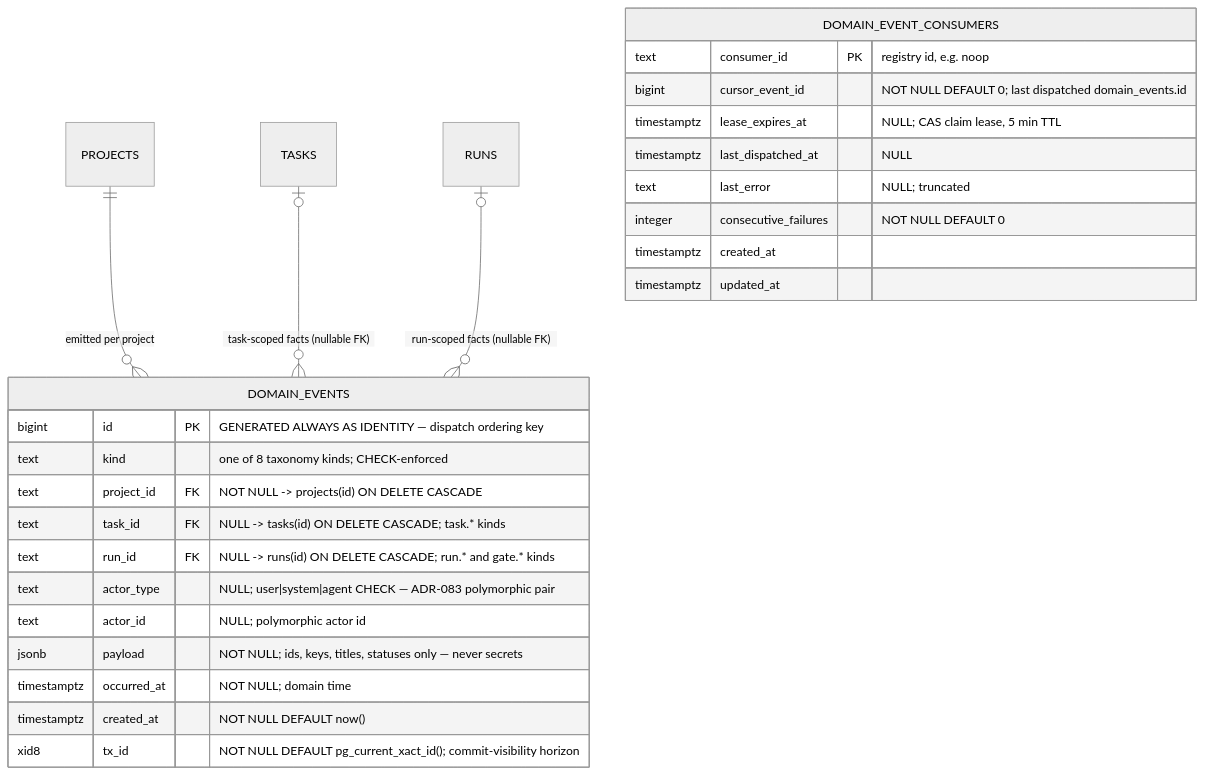
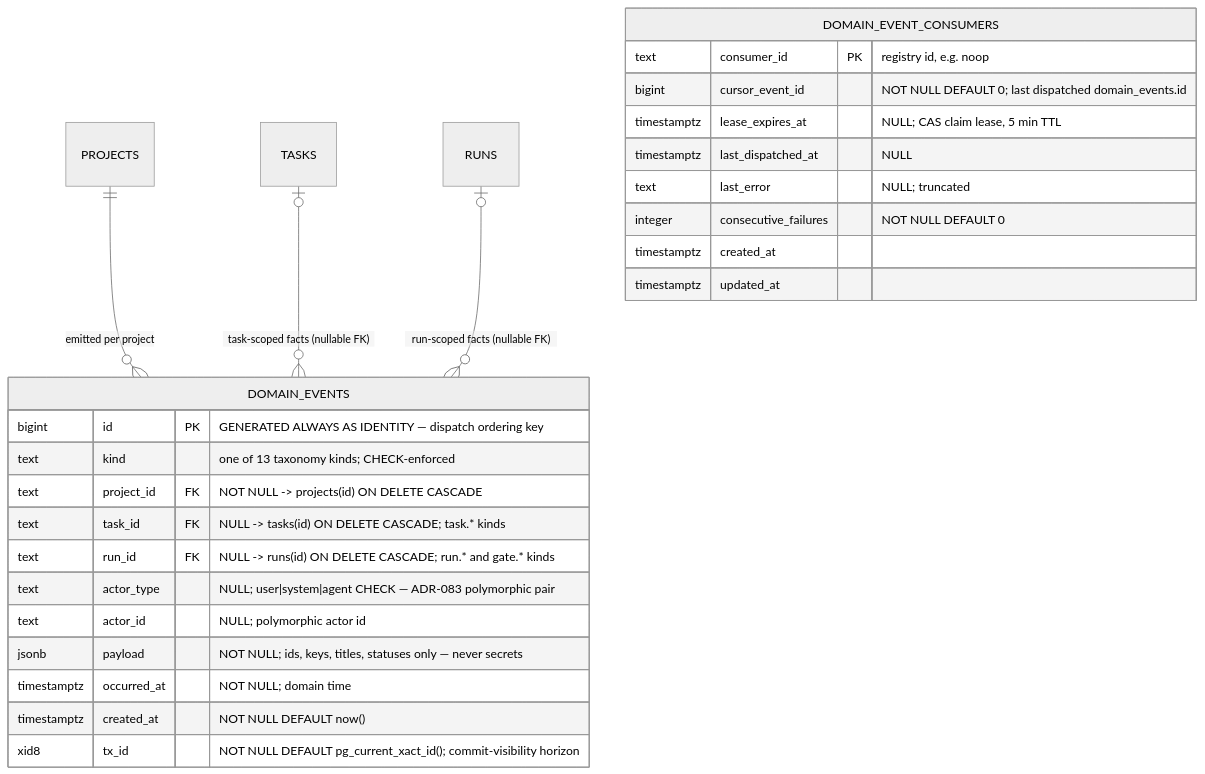
Before and after one commit to maister-dev/maister: the diagram in docs/db/domain-events.md, drawn with Mermaid (neutral theme). The commit also changed other lines of this file and 46 other files, not shown here.

````diff
--- a/docs/db/domain-events.md
+++ b/docs/db/domain-events.md
@@ -11,31 +11,31 @@
 ```mermaid
 erDiagram
     PROJECTS ||--o{ DOMAIN_EVENTS : "emitted per project"
     TASKS o|--o{ DOMAIN_EVENTS : "task-scoped facts (nullable FK)"
     RUNS o|--o{ DOMAIN_EVENTS : "run-scoped facts (nullable FK)"
 
     DOMAIN_EVENTS {
         bigint id PK "GENERATED ALWAYS AS IDENTITY — dispatch ordering key"
-        text kind "one of 8 taxonomy kinds; CHECK-enforced"
+        text kind "one of 13 taxonomy kinds; CHECK-enforced"
         text project_id FK "NOT NULL -> projects(id) ON DELETE CASCADE"
         text task_id FK "NULL -> tasks(id) ON DELETE CASCADE; task.* kinds"
         text run_id FK "NULL -> runs(id) ON DELETE CASCADE; run.* and gate.* kinds"
         text actor_type "NULL; user|system|agent CHECK — ADR-083 polymorphic pair"
         text actor_id "NULL; polymorphic actor id"
         jsonb payload "NOT NULL; ids, keys, titles, statuses only — never secrets"
         timestamptz occurred_at "NOT NULL; domain time"
         timestamptz created_at "NOT NULL DEFAULT now()"
         xid8 tx_id "NOT NULL DEFAULT pg_current_xact_id(); commit-visibility horizon"
     }
 
     DOMAIN_EVENT_CONSUMERS {
         text consumer_id PK "registry id, e.g. noop"
         bigint cursor_event_id "NOT NULL DEFAULT 0; last dispatched domain_events.id"
         timestamptz lease_expires_at "NULL; CAS claim lease, 5 min TTL"
         timestamptz last_dispatched_at "NULL"
         text last_error "NULL; truncated"
         integer consecutive_failures "NOT NULL DEFAULT 0"
         timestamptz created_at
         timestamptz updated_at
     }
 ```
````
